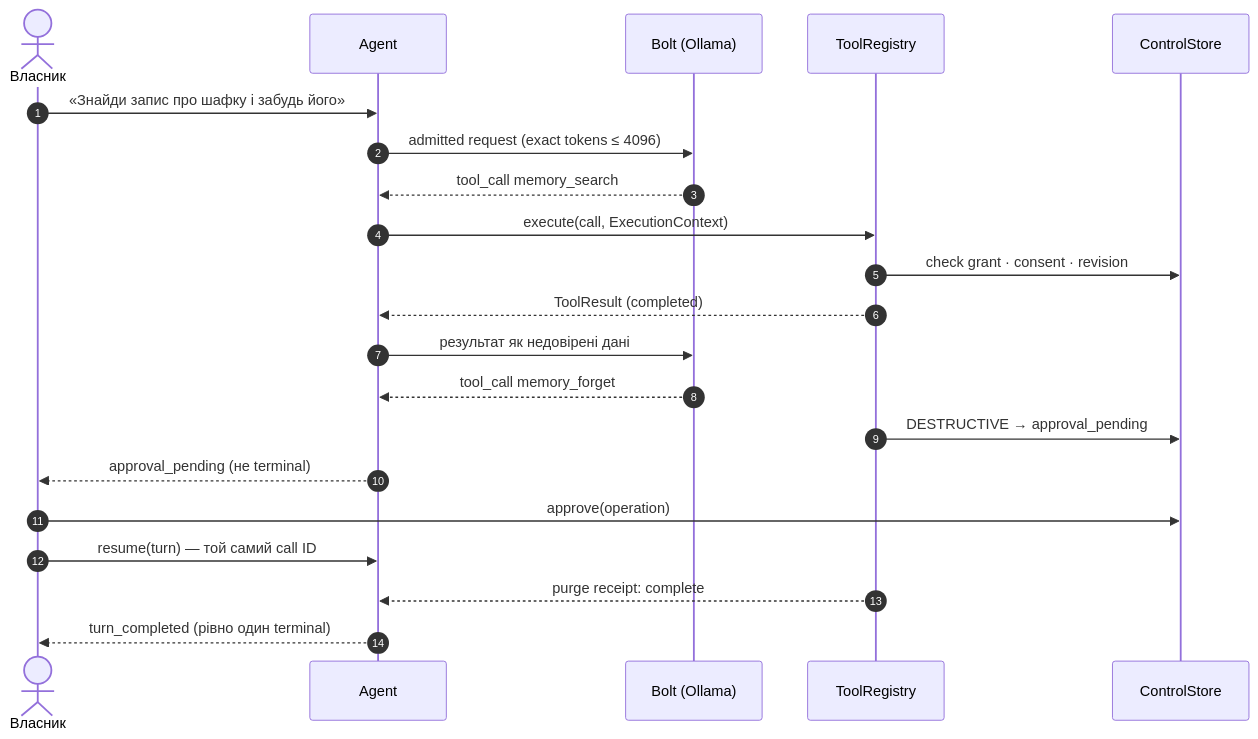
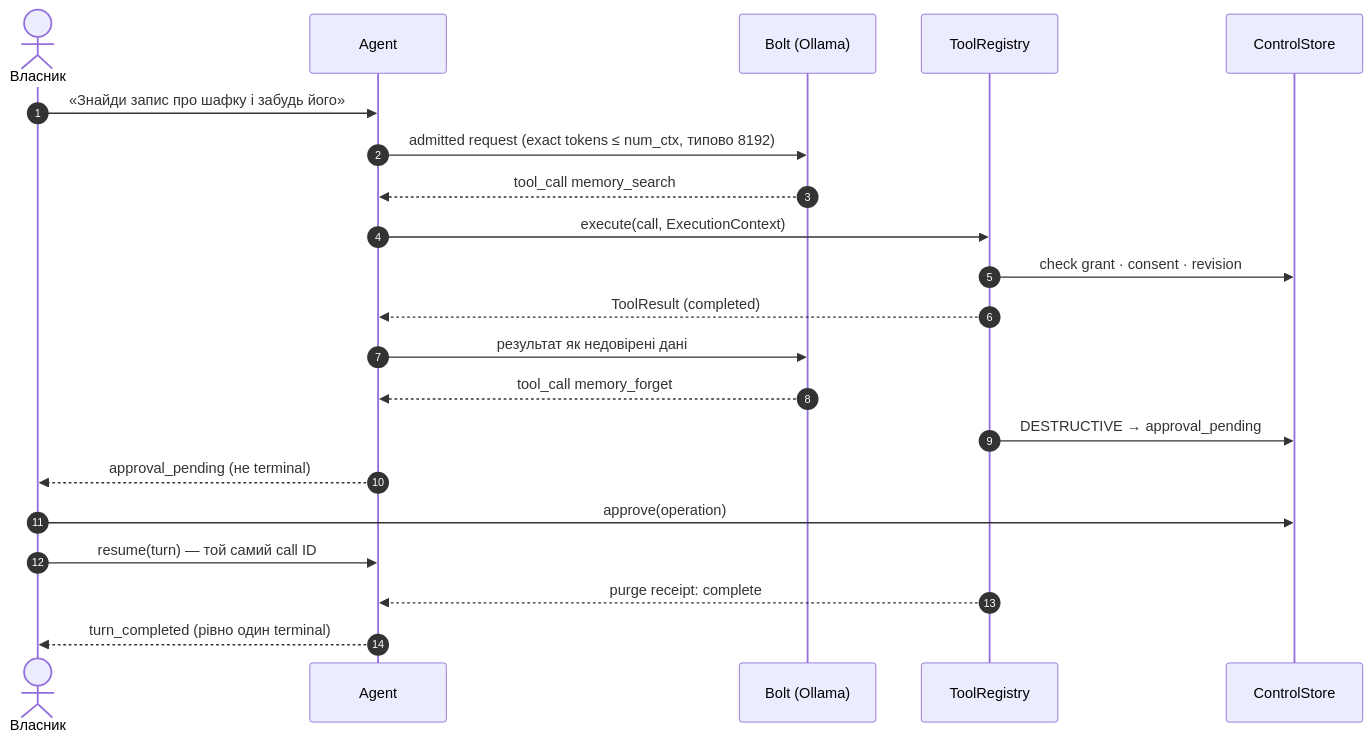
The second of 3 diagrams in README.md (cyberdid/B-12), drawn with Mermaid before and after one commit. The commit also changed 4 other files, not shown here.

````diff
--- a/README.md
+++ b/README.md
@@ -84,23 +84,23 @@
 ```mermaid
 sequenceDiagram
     autonumber
     actor U as Власник
     participant A as Agent
     participant M as Bolt (Ollama)
     participant R as ToolRegistry
     participant C as ControlStore
     U->>A: «Знайди запис про шафку і забудь його»
-    A->>M: admitted request (exact tokens ≤ 4096)
+    A->>M: admitted request (exact tokens ≤ num_ctx, типово 8192)
     M-->>A: tool_call memory_search
     A->>R: execute(call, ExecutionContext)
     R->>C: check grant · consent · revision
     R-->>A: ToolResult (completed)
     A->>M: результат як недовірені дані
     M-->>A: tool_call memory_forget
     R->>C: DESTRUCTIVE → approval_pending
     A-->>U: approval_pending (не terminal)
     U->>C: approve(operation)
     U->>A: resume(turn) — той самий call ID
     R-->>A: purge receipt: complete
     A-->>U: turn_completed (рівно один terminal)
 ```
````
